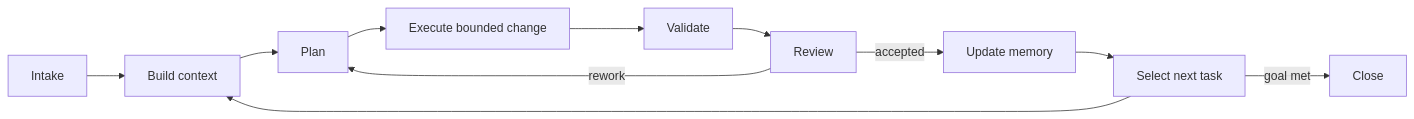
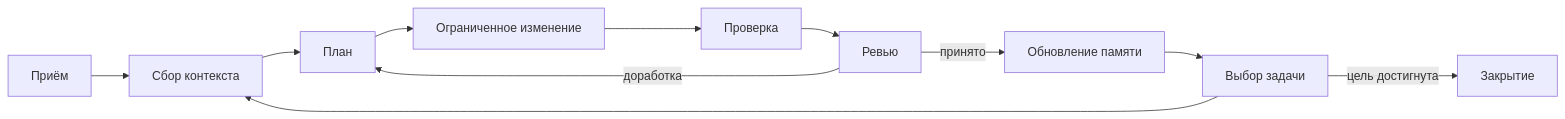
One commit to kitay-sudo/vectra changed the diagram in README.md. Above: the diagram before and after it, drawn with Mermaid. The commit also changed other lines of this file and 63 other files, not shown here.

````diff
--- a/README.md
+++ b/README.md
@@ -81,13 +137,13 @@
 ```mermaid
 flowchart LR
-  I[Intake] --> C[Build context]
-  C --> P[Plan]
-  P --> E[Execute bounded change]
-  E --> V[Validate]
-  V --> R[Review]
-  R -->|accepted| M[Update memory]
-  R -->|rework| P
-  M --> N[Select next task]
+  I[Приём] --> C[Сбор контекста]
+  C --> P[План]
+  P --> E[Ограниченное изменение]
+  E --> V[Проверка]
+  V --> R[Ревью]
+  R -->|принято| M[Обновление памяти]
+  R -->|доработка| P
+  M --> N[Выбор задачи]
   N --> C
-  N -->|goal met| X[Close]
+  N -->|цель достигнута| X[Закрытие]
 ```
````
